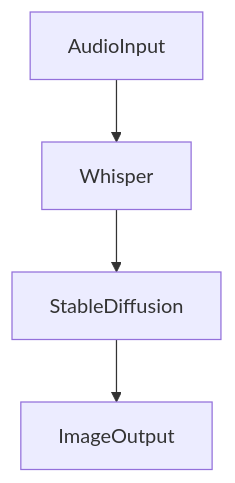
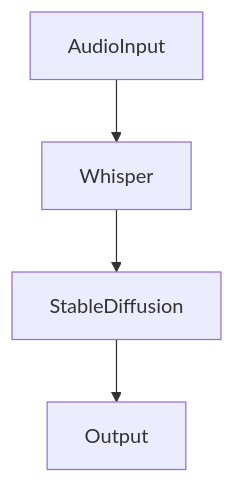
Before and after one commit to nodetool-ai/nodetool: the ninth of 11 diagrams in docs/cookbook.md, drawn with Mermaid. The commit also changed other lines of this file and 24 other files, not shown here.

```diff
--- a/docs/cookbook.md
+++ b/docs/cookbook.md
@@ -418,10 +418,10 @@
 {% mermaid %}
 graph TD
   stable_diffusion["StableDiffusion"]
   whisper["Whisper"]
   audio_input["AudioInput"]
-  image_output["ImageOutput"]
+  output["Output"]
   whisper --> stable_diffusion
   audio_input --> whisper
-  stable_diffusion --> image_output
+  stable_diffusion --> output
 {% endmermaid %}
```
